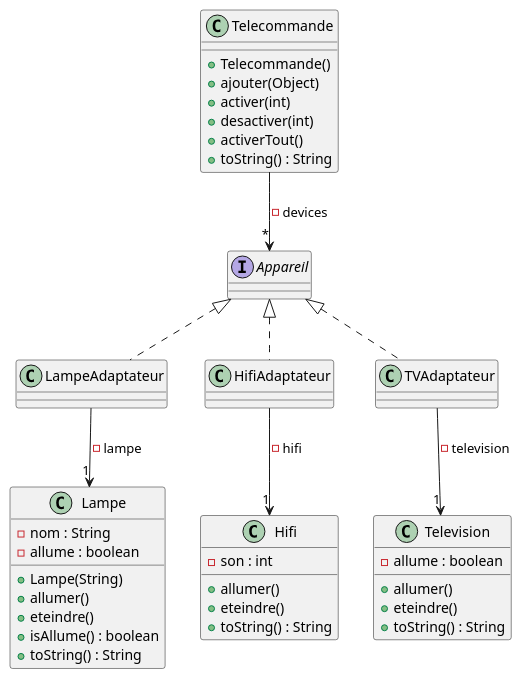
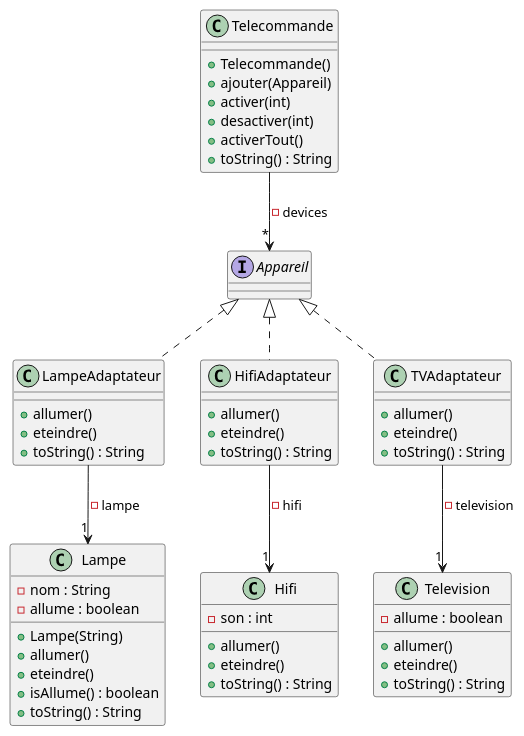
The diagram in TD7/ressource/diagramClasse.puml (Hugo-COLLIN/BUT_S2_COO_domotique), drawn with PlantUML before and after one commit.

Commit message:
ajout des methodes des adapteurs

```diff
--- a/TD7/ressource/diagramClasse.puml
+++ b/TD7/ressource/diagramClasse.puml
@@ -1,55 +1,68 @@
 @startuml
 
 class Lampe {
     - nom : String
     - allume : boolean
     + Lampe(String)
     + allumer()
     + eteindre()
     + isAllume() : boolean
     + toString() : String
 }
 
 class Hifi {
     - son : int
     + allumer()
     + eteindre()
     + toString() : String
 }
 
 class Telecommande {
     + Telecommande()
-    + ajouter(Object)
+    + ajouter(Appareil)
     + activer(int)
     + desactiver(int)
     + activerTout()
     + toString() : String
 }
 
 class Television {
     - allume : boolean
     + allumer()
     + eteindre()
     + toString() : String
 }
 
 interface Appareil{
 }
 
 class LampeAdaptateur{
+    + allumer()
+    + eteindre()
+    + toString() : String
 }
 
-class HifiAdaptateur{}
+class HifiAdaptateur{
+    + allumer()
+    + eteindre()
+    + toString() : String
+}
+
+class TVAdaptateur{
+    + allumer()
+    + eteindre()
+    + toString() : String
+}
 
 Appareil <|.. LampeAdaptateur
 Appareil <|.. HifiAdaptateur
 Appareil <|.. TVAdaptateur
 
 LampeAdaptateur --> "1" Lampe :  - lampe
 HifiAdaptateur --> "1" Hifi : - hifi
 TVAdaptateur --> "1" Television : - television
 
 
 Telecommande --> "*" Appareil : - devices
 
 @enduml
```
